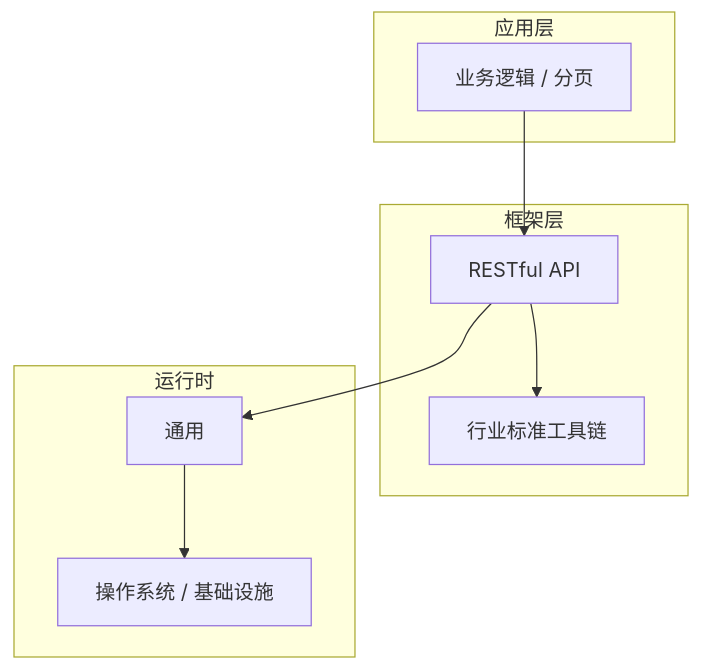
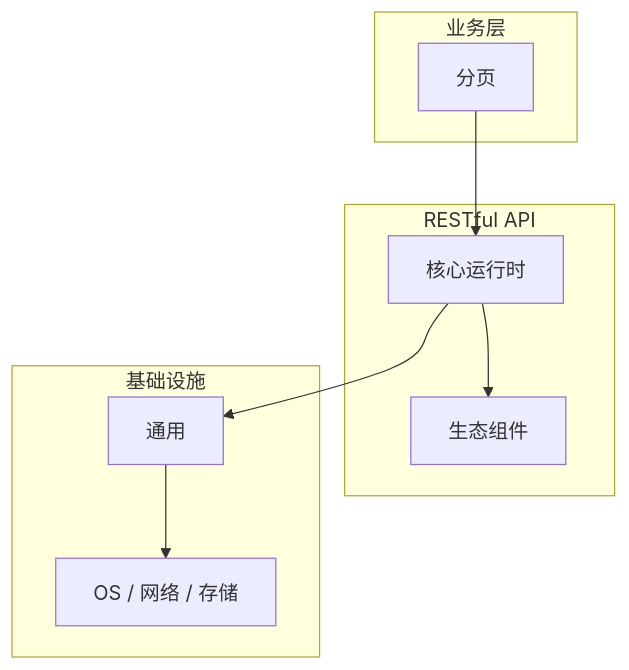
One commit to yanggan2015/knowledge-json-v2 changed the diagram in articles/RESTful API/chapters/049-分页核心概念与原理.md. Above: the diagram before and after it, drawn with Mermaid. The commit also changed other lines of this file and 10127 other files, not shown here.

````diff
--- a/articles/RESTful API/chapters/049-分页核心概念与原理.md
+++ b/articles/RESTful API/chapters/049-分页核心概念与原理.md
@@ -45,18 +34,18 @@
 ```mermaid
 graph TB
-    subgraph 应用层
-        A[业务逻辑 / 分页]
+    subgraph 业务层
+        A[分页]
     end
-    subgraph 框架层
-        B[RESTful API]
-        C[行业标准工具链]
+    subgraph RESTful API
+        B[核心运行时]
+        C[生态组件]
     end
-    subgraph 运行时
+    subgraph 基础设施
         D[通用]
-        E[操作系统 / 基础设施]
+        E[OS / 网络 / 存储]
     end
     A --> B
     B --> C
     B --> D
     D --> E
 ```
````
